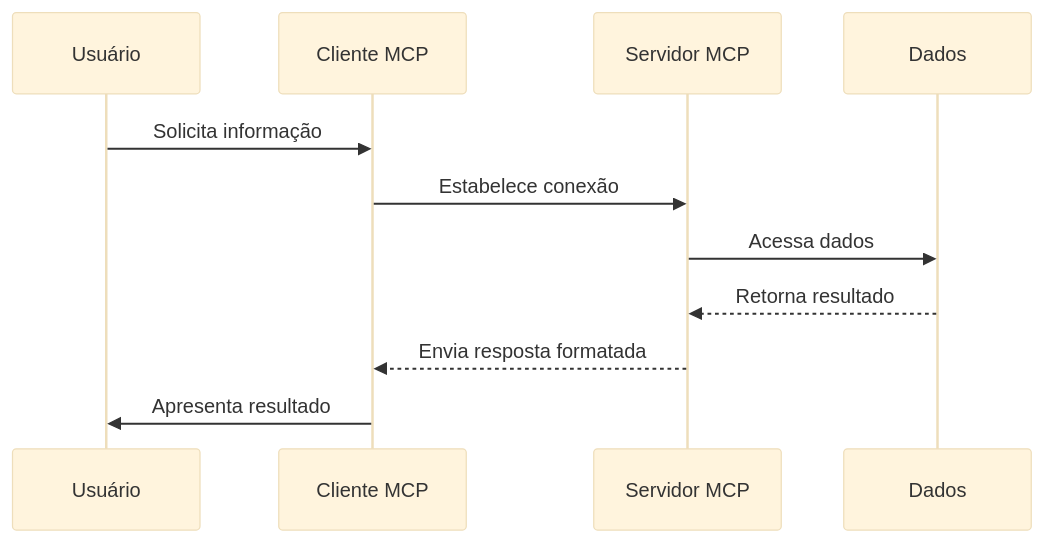
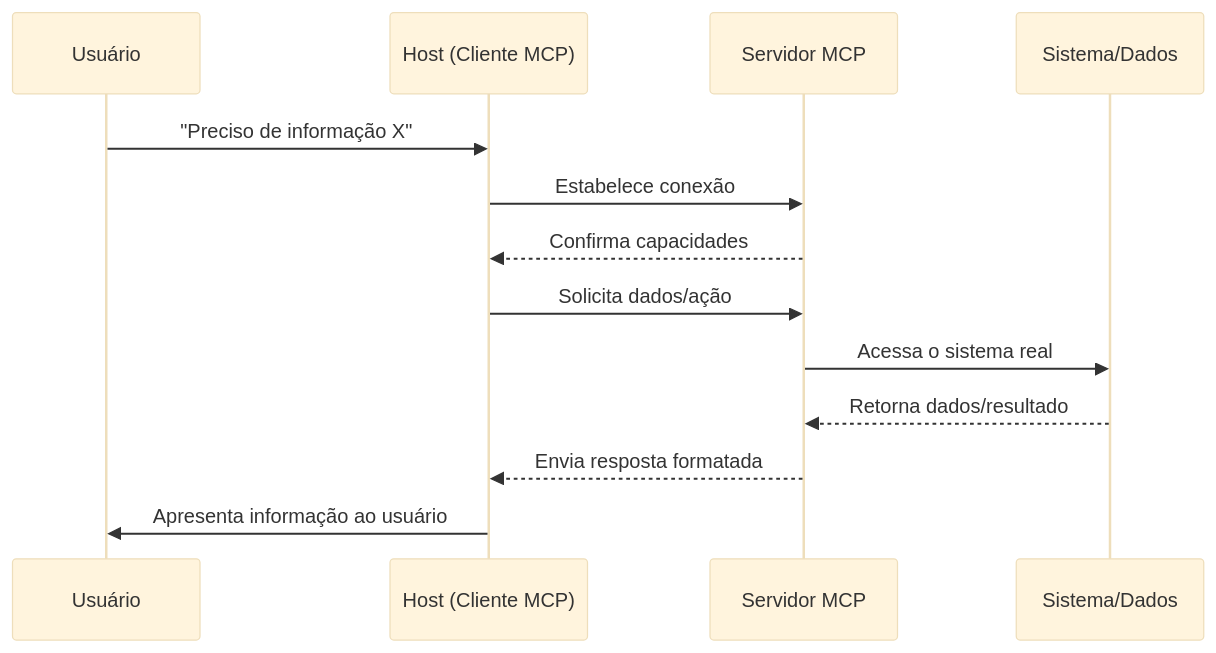
Before and after one commit to felipepimentel/my-public-notes: the fourth of 16 diagrams in AI/Communication/MCP/mcp - presentation.md, drawn with Mermaid (base theme). The commit also changed other lines of this file, not shown here.

````diff
--- a/AI/Communication/MCP/mcp - presentation.md
+++ b/AI/Communication/MCP/mcp - presentation.md
@@ -127,14 +207,29 @@
 ```mermaid
+
 sequenceDiagram
-    participant Usuário
-    participant Cliente MCP
-    participant Servidor MCP
-    participant Dados
 
-    Usuário->>Cliente MCP: Solicita informação
-    Cliente MCP->>Servidor MCP: Estabelece conexão
-    Servidor MCP->>Dados: Acessa dados
-    Dados-->>Servidor MCP: Retorna resultado
-    Servidor MCP-->>Cliente MCP: Envia resposta formatada
-    Cliente MCP->>Usuário: Apresenta resultado
+participant U as Usuário
+
+participant H as Host (Cliente MCP)
+
+participant S as Servidor MCP
+
+participant D as Sistema/Dados
+
+U->>H: "Preciso de informação X"
+
+H->>S: Estabelece conexão
+
+S-->>H: Confirma capacidades
+
+H->>S: Solicita dados/ação
+
+S->>D: Acessa o sistema real
+
+D-->>S: Retorna dados/resultado
+
+S-->>H: Envia resposta formatada
+
+H->>U: Apresenta informação ao usuário
+
 ```
````
